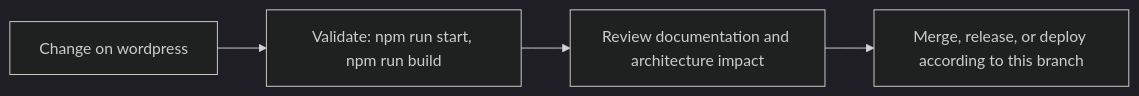
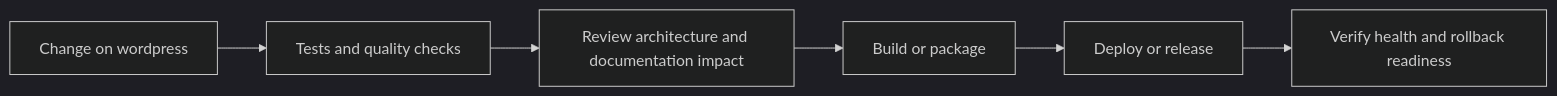
One commit to Nischhalsubba/hamro_idea_website changed the fourth of 5 diagrams in README.md. Above: the diagram before and after it, drawn with Mermaid (dark theme). The commit also changed other lines of this file, not shown here.

````diff
--- a/README.md
+++ b/README.md
@@ -72,8 +159,8 @@
 ```mermaid
 flowchart LR
-    CHANGE["Change on wordpress"]
-    CHECK["Validate: npm run start, npm run build"]
-    REVIEW["Review documentation and architecture impact"]
-    RELEASE["Merge, release, or deploy according to this branch"]
-    CHANGE --> CHECK --> REVIEW --> RELEASE
+    CHANGE["Change on wordpress"] --> CHECK["Tests and quality checks"]
+    CHECK --> REVIEW["Review architecture and documentation impact"]
+    REVIEW --> BUILD["Build or package"]
+    BUILD --> DEPLOY["Deploy or release"]
+    DEPLOY --> VERIFY["Verify health and rollback readiness"]
 ```
````
